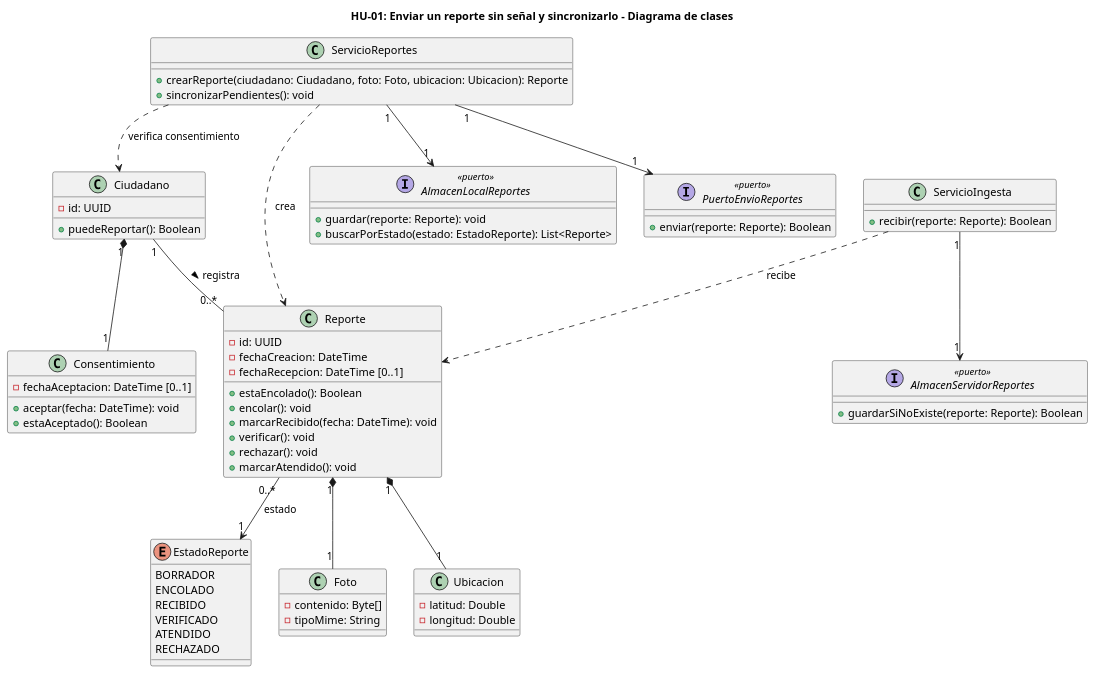
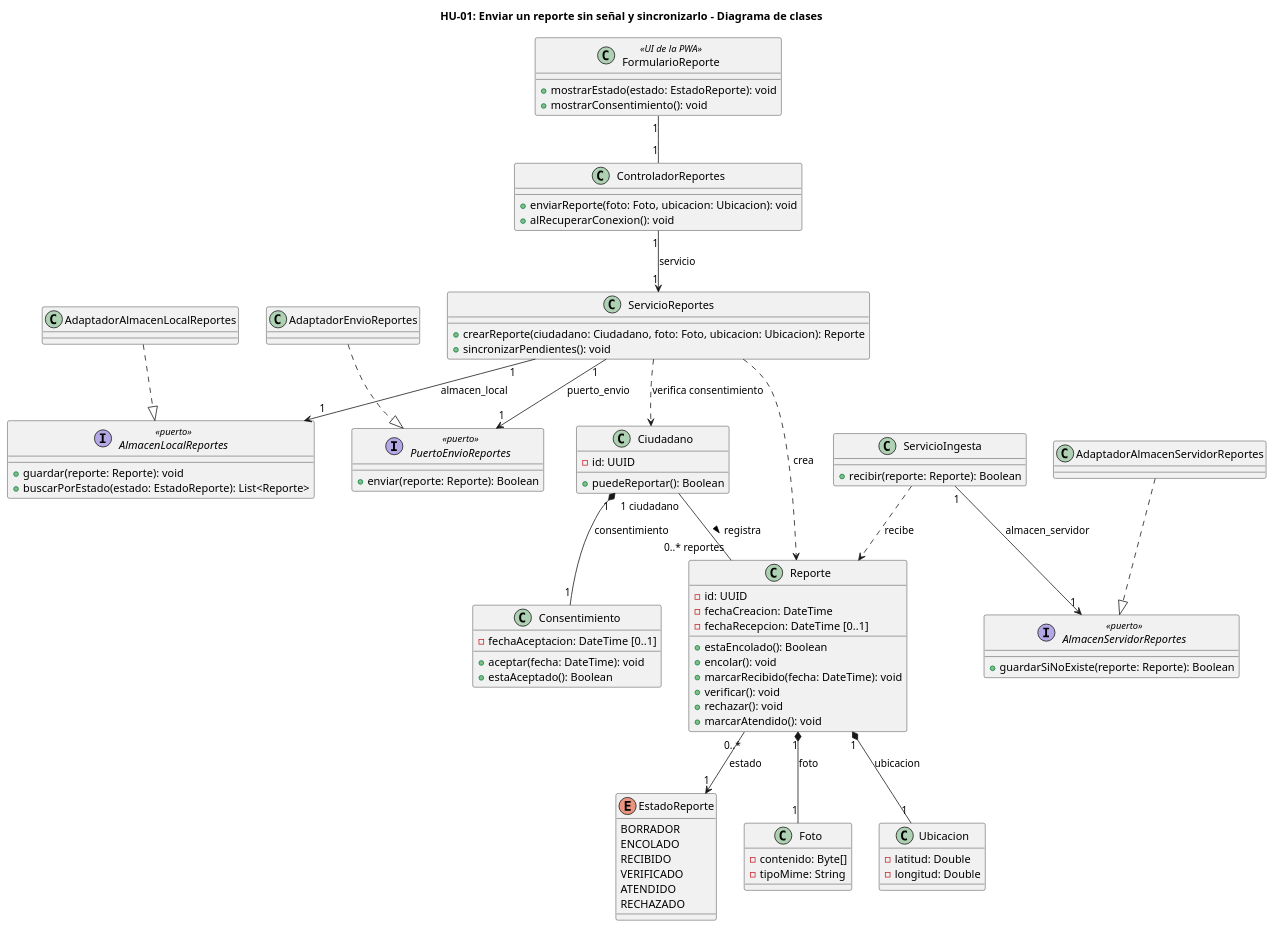
One commit to DavidOliva06/cs-2026b-lab04-grupo06 changed the diagram in docs/design/clases.puml. Above: the diagram before and after it, drawn with PlantUML. The commit also changed 13 other files, not shown here.

```diff
--- a/docs/design/clases.puml
+++ b/docs/design/clases.puml
@@ -1,95 +1,119 @@
 @startuml
 title HU-01: Enviar un reporte sin señal y sincronizarlo - Diagrama de clases
 
 enum EstadoReporte {
   BORRADOR
   ENCOLADO
   RECIBIDO
   VERIFICADO
   ATENDIDO
   RECHAZADO
 }
 
 class Ciudadano {
   ' Supuesto: se identifica al ciudadano con un id para asociarle sus reportes.
   - id: UUID
   + puedeReportar(): Boolean
 }
 
 class Consentimiento {
   ' Si fechaAceptacion tiene valor, el consentimiento está aceptado.
   - fechaAceptacion: DateTime [0..1]
   + aceptar(fecha: DateTime): void
   + estaAceptado(): Boolean
 }
 
 class Reporte {
   ' Supuesto: el id se genera en el celular para que el servidor detecte reenvíos (criterio 3).
   ' BORRADOR y ENCOLADO ocurren en el celular; los demás estados, en el servidor.
   - id: UUID
   - fechaCreacion: DateTime
   - fechaRecepcion: DateTime [0..1]
   + estaEncolado(): Boolean
   + encolar(): void
   + marcarRecibido(fecha: DateTime): void
   ' Supuesto: verificar, rechazar y marcarAtendido salen del diagrama de estados, no de la HU-01.
   + verificar(): void
   + rechazar(): void
   + marcarAtendido(): void
 }
 
 class Foto {
   ' Supuesto: la foto se guarda como bytes junto con su tipo de archivo.
   - contenido: Byte[]
   - tipoMime: String
 }
 
 class Ubicacion {
   - latitud: Double
   - longitud: Double
 }
 
+' Agregadas por la regla C1 (consistencia.md): receptoras de mensajes del diagrama de secuencia.
+class FormularioReporte <<UI de la PWA>> {
+  + mostrarEstado(estado: EstadoReporte): void
+  + mostrarConsentimiento(): void
+}
+
+class ControladorReportes {
+  + enviarReporte(foto: Foto, ubicacion: Ubicacion): void
+  + alRecuperarConexion(): void
+}
+
+' Agregadas por el round-trip (diferencia 1): adaptadores que implementan los puertos.
+class AdaptadorAlmacenLocalReportes
+class AdaptadorAlmacenServidorReportes
+class AdaptadorEnvioReportes
+
 ' Lado del celular: crea el reporte, lo guarda y lo reenvía (criterios 1, 2 y 4).
 class ServicioReportes {
   + crearReporte(ciudadano: Ciudadano, foto: Foto, ubicacion: Ubicacion): Reporte
   + sincronizarPendientes(): void
 }
 
 ' Lado del servidor: recibe el reporte y descarta duplicados (criterio 3).
 class ServicioIngesta {
   ' Devuelve true si el servidor tiene el reporte, sea nuevo o repetido.
   + recibir(reporte: Reporte): Boolean
 }
 
 ' Puerto de almacenamiento en el celular.
 interface AlmacenLocalReportes <<puerto>> {
   ' guardar crea el reporte o actualiza el existente.
   + guardar(reporte: Reporte): void
   + buscarPorEstado(estado: EstadoReporte): List<Reporte>
 }
 
 ' Puerto de almacenamiento en el servidor.
 interface AlmacenServidorReportes <<puerto>> {
   ' Operación atómica: devuelve true si lo guardó y false si ya existía.
   + guardarSiNoExiste(reporte: Reporte): Boolean
 }
 
 ' Puerto de salida del celular hacia el servidor.
 interface PuertoEnvioReportes <<puerto>> {
   ' Devuelve true si el servidor confirmó que tiene el reporte.
   + enviar(reporte: Reporte): Boolean
 }
 
-Ciudadano "1" *-- "1" Consentimiento
-Ciudadano "1" -- "0..*" Reporte : registra >
-Reporte "1" *-- "1" Foto
-Reporte "1" *-- "1" Ubicacion
+' Nombres de rol iguales a los atributos del código (round-trip, diferencia 7).
+Ciudadano "1" *-- "1" Consentimiento : consentimiento
+Ciudadano "1 ciudadano" -- "0..* reportes" Reporte : registra >
+Reporte "1" *-- "1" Foto : foto
+Reporte "1" *-- "1" Ubicacion : ubicacion
 Reporte "0..*" --> "1" EstadoReporte : estado
+
+FormularioReporte "1" -- "1" ControladorReportes
+ControladorReportes "1" --> "1" ServicioReportes : servicio
 
 ServicioReportes ..> Ciudadano : verifica consentimiento
 ServicioReportes ..> Reporte : crea
-ServicioReportes "1" --> "1" AlmacenLocalReportes
-ServicioReportes "1" --> "1" PuertoEnvioReportes
-ServicioIngesta "1" --> "1" AlmacenServidorReportes
+ServicioReportes "1" --> "1" AlmacenLocalReportes : almacen_local
+ServicioReportes "1" --> "1" PuertoEnvioReportes : puerto_envio
+ServicioIngesta "1" --> "1" AlmacenServidorReportes : almacen_servidor
 ServicioIngesta ..> Reporte : recibe
+
+AdaptadorAlmacenLocalReportes ..|> AlmacenLocalReportes
+AdaptadorAlmacenServidorReportes ..|> AlmacenServidorReportes
+AdaptadorEnvioReportes ..|> PuertoEnvioReportes
 @enduml
```
